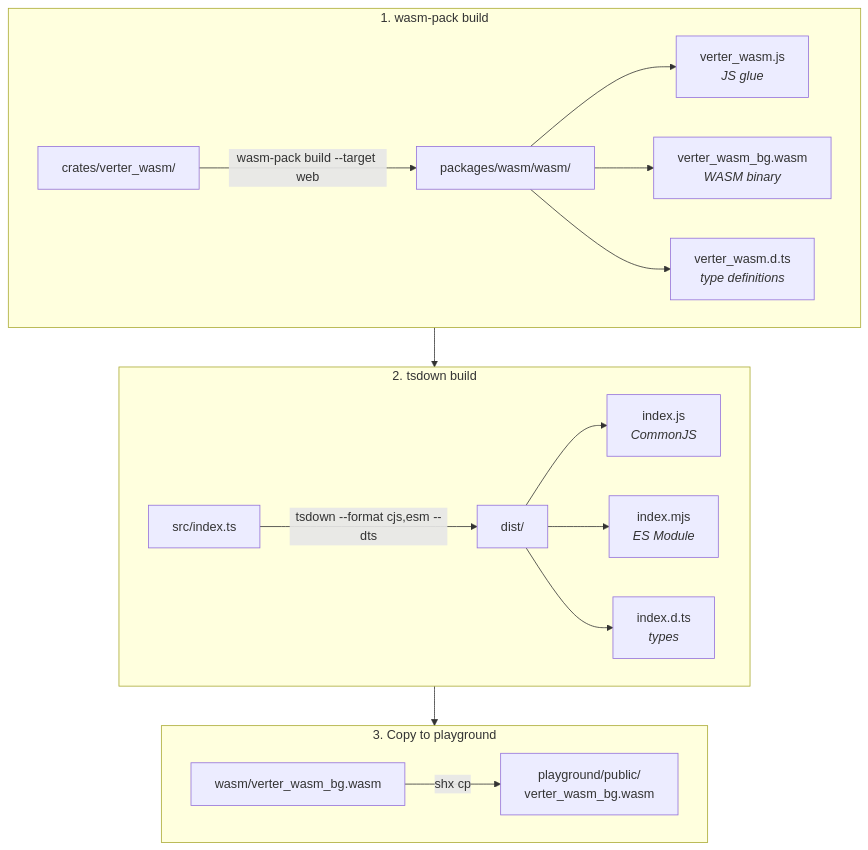
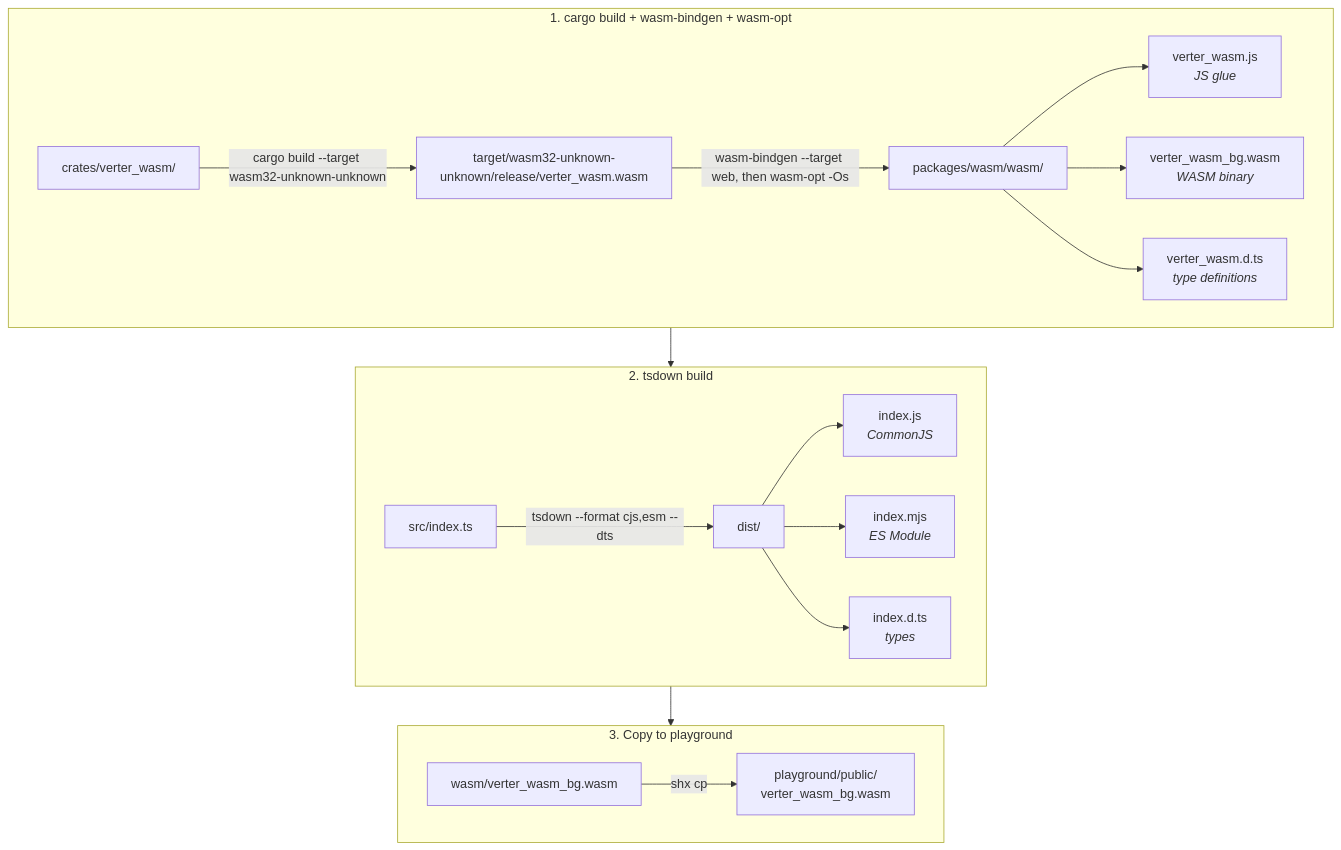
Before and after one commit to pikax/verter: the second of 3 diagrams in packages/wasm/README.md, drawn with Mermaid. The commit also changed other lines of this file and 9 other files, not shown here.

Commit message:
chore(deps): replace wasm-pack

````diff
--- a/packages/wasm/README.md
+++ b/packages/wasm/README.md
@@ -34,22 +34,23 @@
 ```mermaid
 flowchart TD
-    subgraph Step1["1. wasm-pack build"]
-        Rust["crates/verter_wasm/"] -->|"wasm-pack build --target web"| WasmOut["packages/wasm/wasm/"]
+    subgraph Step1["1. cargo build + wasm-bindgen + wasm-opt"]
+        Rust["crates/verter_wasm/"] -->|"cargo build --target wasm32-unknown-unknown"| RawWasm["target/wasm32-unknown-unknown/release/verter_wasm.wasm"]
+        RawWasm -->|"wasm-bindgen --target web, then wasm-opt -Os"| WasmOut["packages/wasm/wasm/"]
         WasmOut --> WasmJS["verter_wasm.js<br/><i>JS glue</i>"]
         WasmOut --> WasmBG["verter_wasm_bg.wasm<br/><i>WASM binary</i>"]
         WasmOut --> WasmDTS["verter_wasm.d.ts<br/><i>type definitions</i>"]
     end
 
     subgraph Step2["2. tsdown build"]
         Src["src/index.ts"] -->|"tsdown --format cjs,esm --dts"| Dist["dist/"]
         Dist --> CJS["index.js<br/><i>CommonJS</i>"]
         Dist --> ESM["index.mjs<br/><i>ES Module</i>"]
         Dist --> DTS["index.d.ts<br/><i>types</i>"]
     end
 
     subgraph Step3["3. Copy to playground"]
         WasmBG2["wasm/verter_wasm_bg.wasm"] -->|"shx cp"| Playground["playground/public/<br/>verter_wasm_bg.wasm"]
     end
 
     Step1 --> Step2 --> Step3
 ```
````
